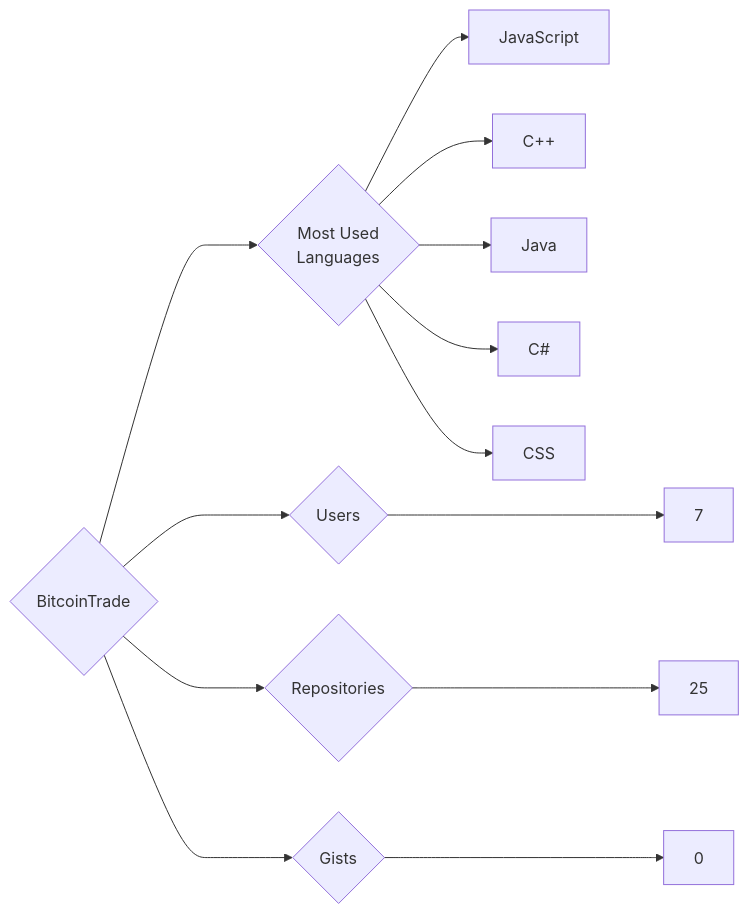
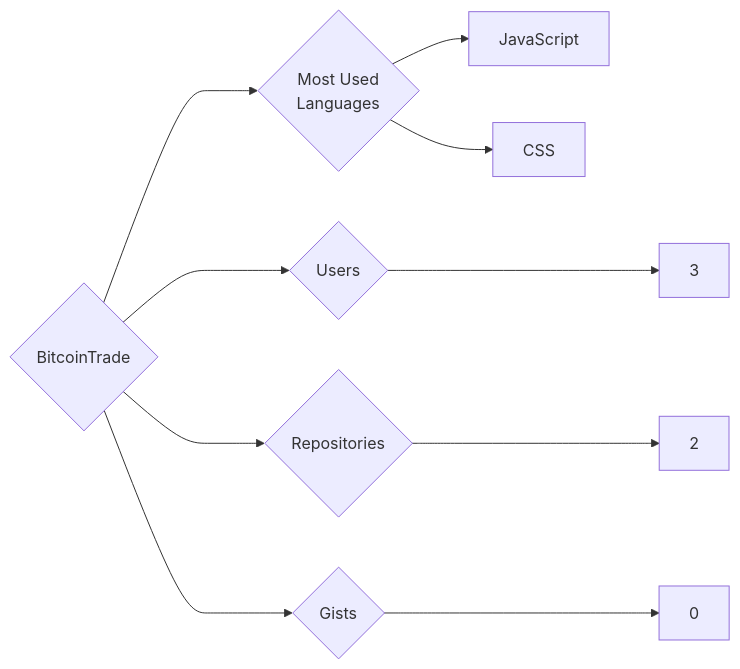
Before and after one commit to trickest/insiders: the diagram in targets/BitcoinTrade/README.md, drawn with Mermaid. The commit also changed 970 other files, not shown here.

````diff
--- a/targets/BitcoinTrade/README.md
+++ b/targets/BitcoinTrade/README.md
@@ -3,13 +3,10 @@
 ```mermaid
 graph LR
 COMPANY_NAME{BitcoinTrade}
-COMPANY_NAME ---> U{Users} ---> UN[7]
-COMPANY_NAME ---> R{Repositories} ---> RN[25]
+COMPANY_NAME ---> U{Users} ---> UN[3]
+COMPANY_NAME ---> R{Repositories} ---> RN[2]
 COMPANY_NAME ---> G{Gists} ---> GN[0]
 COMPANY_NAME ---> ML{Most Used<br>Languages}
 ML --> JavaScript[JavaScript]
-ML --> C++[C++]
-ML --> Java[Java]
-ML --> C#[C#]
 ML --> CSS[CSS]
 ```
````
